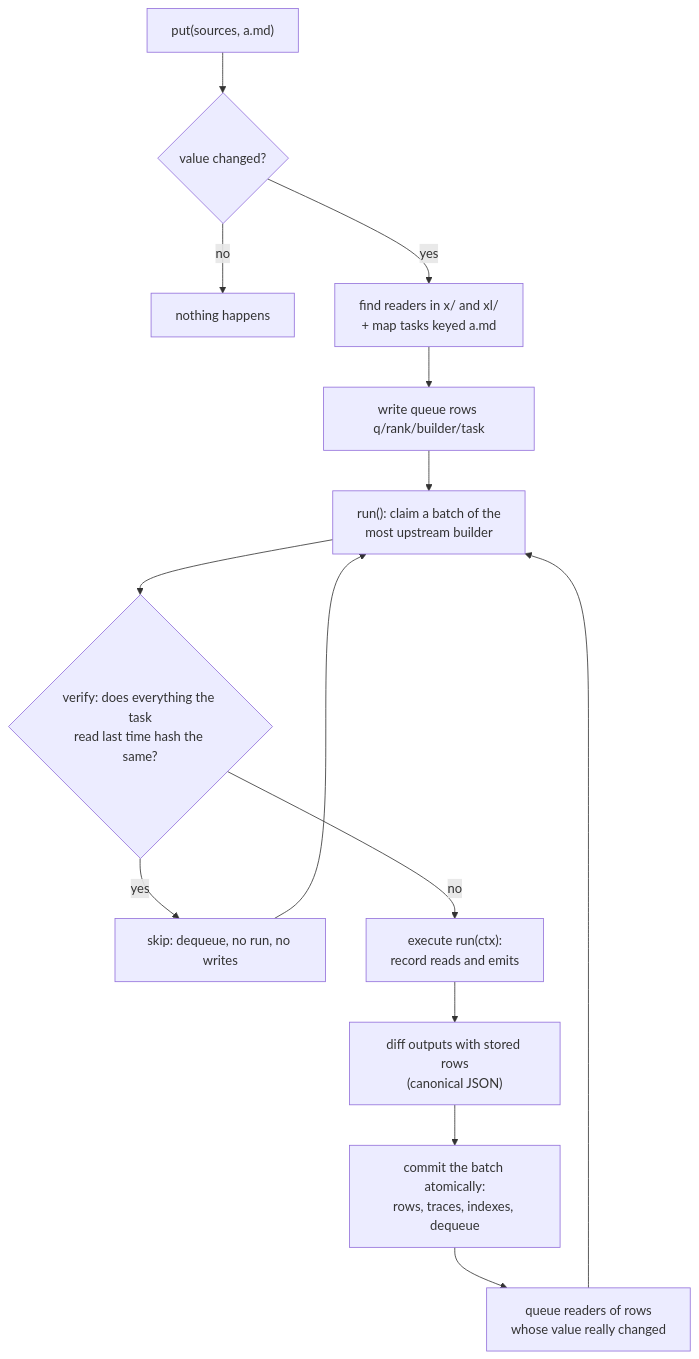
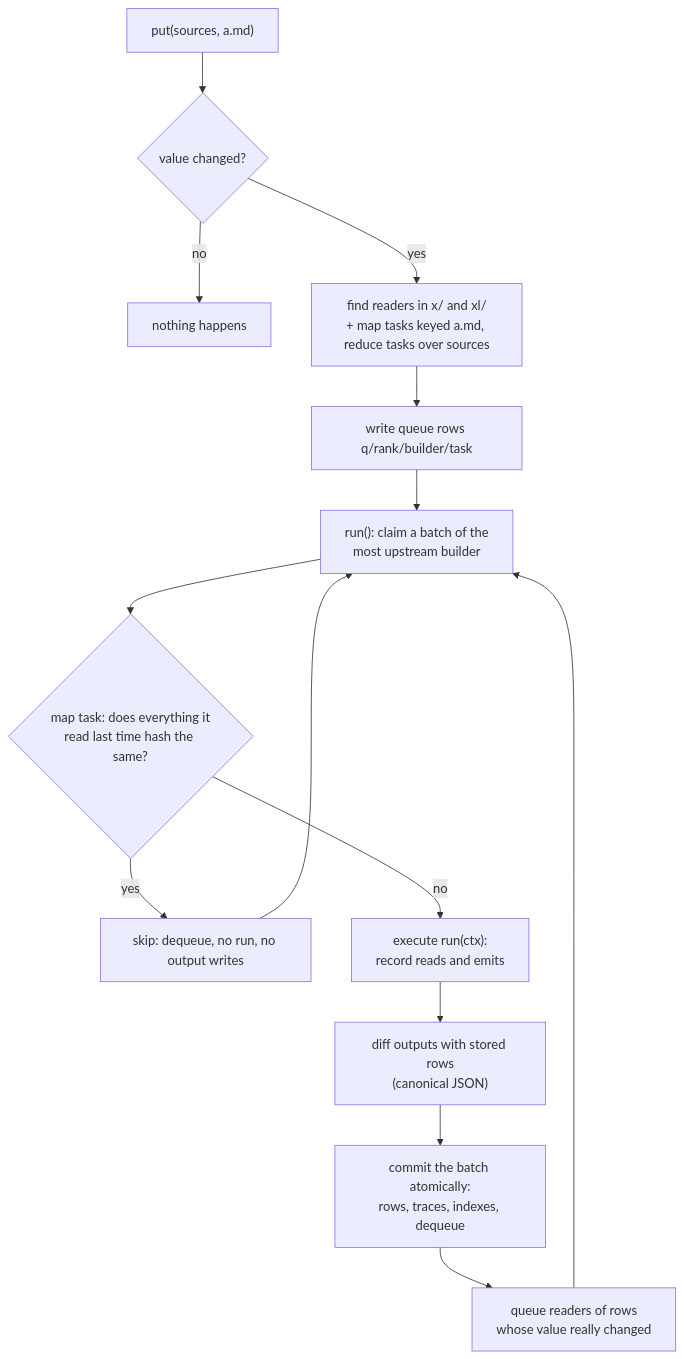
Before and after one commit to statewalker/webrun-sites: the second of 7 diagrams in packages/webrun-builder/docs/how-it-works.md, drawn with Mermaid. The commit also changed other lines of this file, not shown here.

First line of the commit message:
docs(webrun-builder): corrections from review (verify-before-execute scope, producers per row, key separator, defaults)

````diff
--- a/packages/webrun-builder/docs/how-it-works.md
+++ b/packages/webrun-builder/docs/how-it-works.md
@@ -104,16 +105,16 @@
 ```mermaid
 flowchart TD
   put["put(sources, a.md)"] --> same{value changed?}
   same -- no --> nothing["nothing happens"]
-  same -- yes --> mark["find readers in x/ and xl/<br/>+ map tasks keyed a.md"]
+  same -- yes --> mark["find readers in x/ and xl/<br/>+ map tasks keyed a.md, reduce tasks over sources"]
   mark --> queue["write queue rows q/rank/builder/task"]
   queue --> claim["run(): claim a batch of the<br/>most upstream builder"]
-  claim --> verify{"verify: does everything the task<br/>read last time hash the same?"}
-  verify -- yes --> skip["skip: dequeue, no run, no writes"]
+  claim --> verify{"map task: does everything it<br/>read last time hash the same?"}
+  verify -- yes --> skip["skip: dequeue, no run, no output writes"]
   verify -- no --> exec["execute run(ctx):<br/>record reads and emits"]
   exec --> diff["diff outputs with stored rows<br/>(canonical JSON)"]
   diff --> commit["commit the batch atomically:<br/>rows, traces, indexes, dequeue"]
   commit --> cascade["queue readers of rows<br/>whose value really changed"]
   cascade --> claim
   skip --> claim
 ```
````
